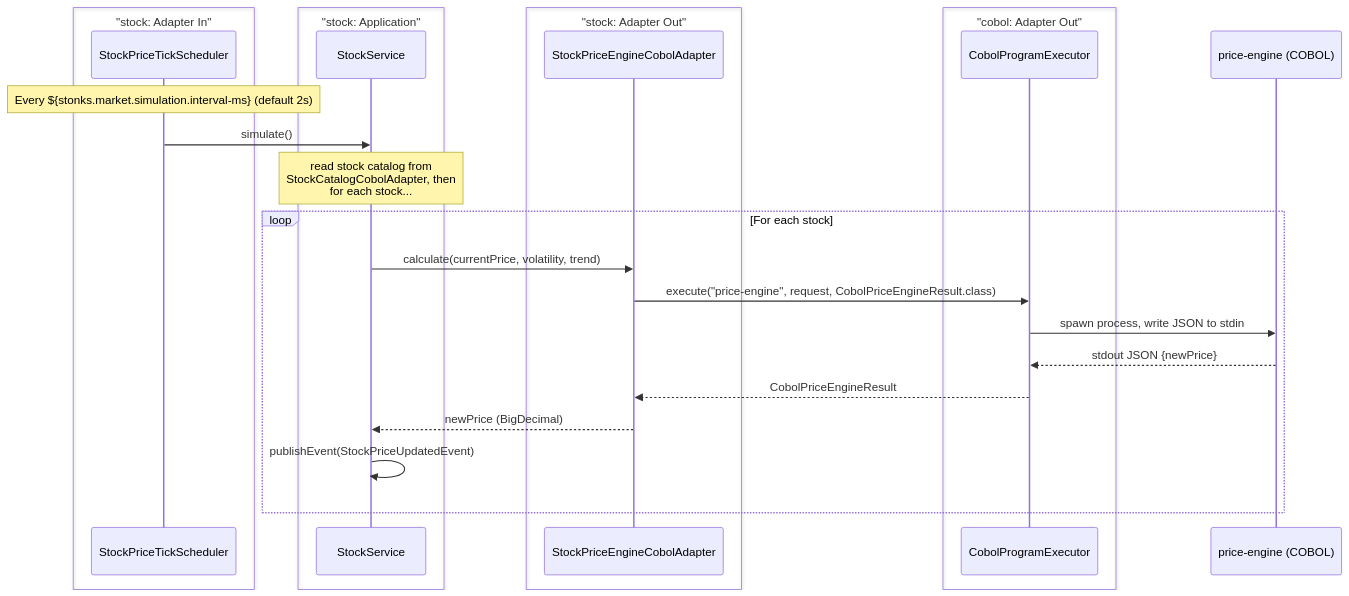
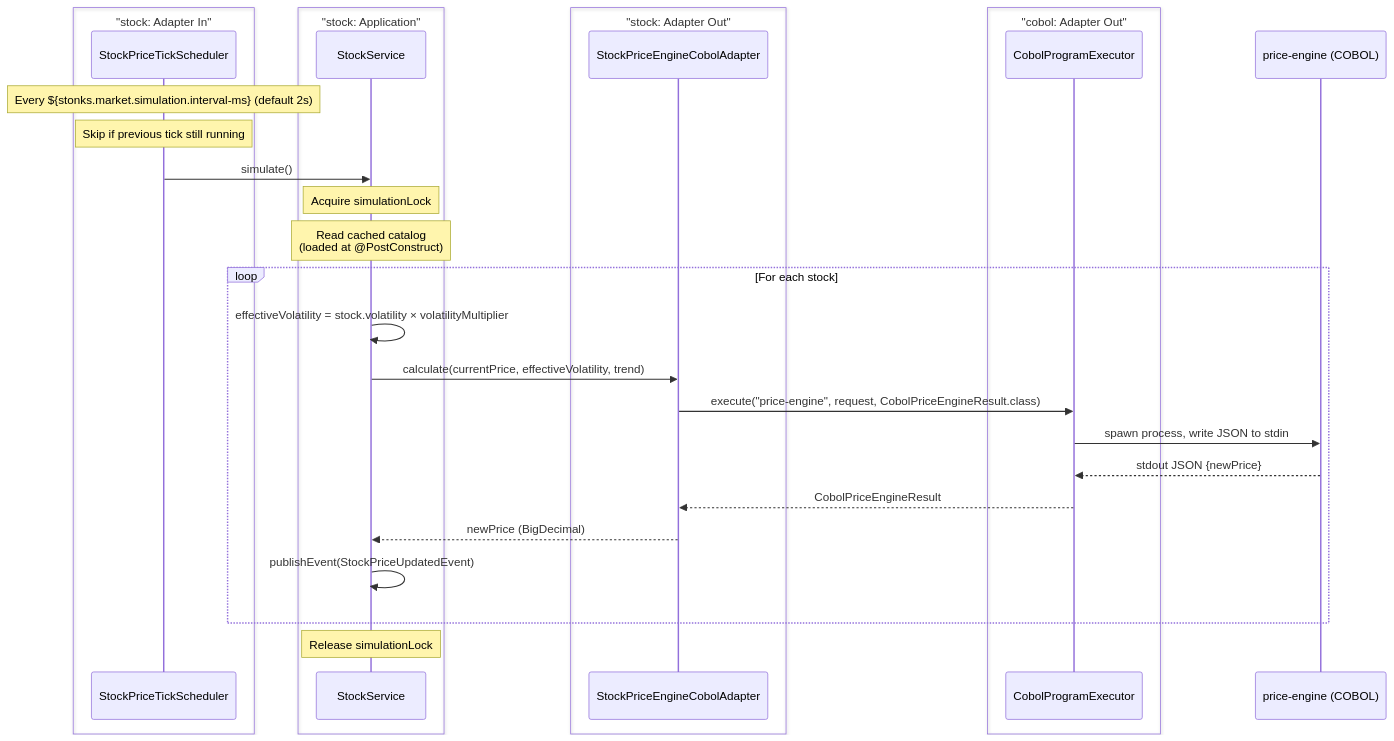
The eighth of 22 diagrams in stonks_java/README.md (franBec/stonks-simulator), drawn with Mermaid before and after one commit. The commit also changed other lines of this file and 7 other files, not shown here.

First line of the commit message:
fix: resolve scheduling inconsistencies between chaos levels, price ticks, and COBOL timeouts

````diff
--- a/stonks_java/README.md
+++ b/stonks_java/README.md
@@ -418,29 +422,33 @@
 ```mermaid
 sequenceDiagram
     box "stock: Adapter In"
     participant Sched as StockPriceTickScheduler
     end
     box "stock: Application"
     participant SS as StockService
     end
     box "stock: Adapter Out"
     participant PEA as StockPriceEngineCobolAdapter
     end
     box "cobol: Adapter Out"
     participant CPE as CobolProgramExecutor
     end
     participant COBOL as price-engine (COBOL)
 
     Note over Sched: Every ${stonks.market.simulation.interval-ms} (default 2s)
+    Note over Sched: Skip if previous tick still running
     Sched->>SS: simulate()
-    Note over SS: read stock catalog from<br/>StockCatalogCobolAdapter, then<br/>for each stock...
+    Note over SS: Acquire simulationLock
+    Note over SS: Read cached catalog<br/>(loaded at @PostConstruct)
     loop For each stock
-        SS->>PEA: calculate(currentPrice, volatility, trend)
+        SS->>SS: effectiveVolatility = stock.volatility × volatilityMultiplier
+        SS->>PEA: calculate(currentPrice, effectiveVolatility, trend)
         PEA->>CPE: execute("price-engine", request, CobolPriceEngineResult.class)
         CPE->>COBOL: spawn process, write JSON to stdin
         COBOL-->>CPE: stdout JSON {newPrice}
         CPE-->>PEA: CobolPriceEngineResult
         PEA-->>SS: newPrice (BigDecimal)
         SS->>SS: publishEvent(StockPriceUpdatedEvent)
     end
+    Note over SS: Release simulationLock
 ```
````
